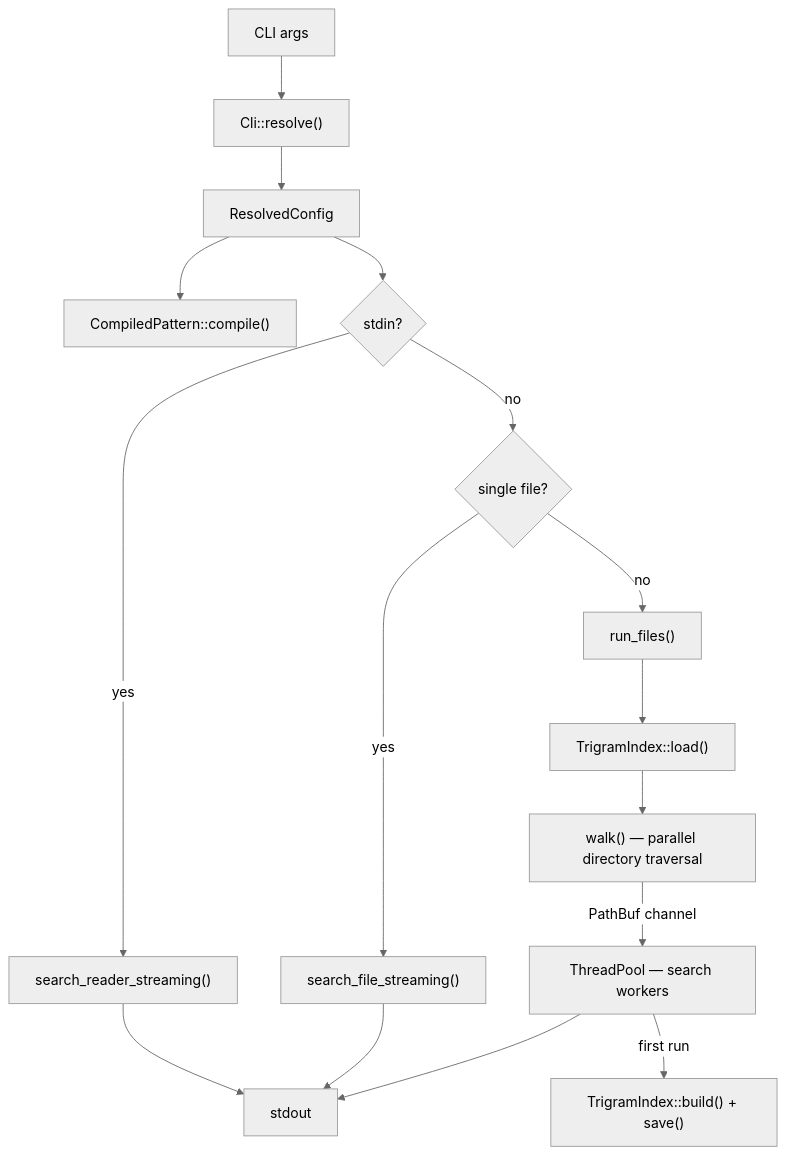
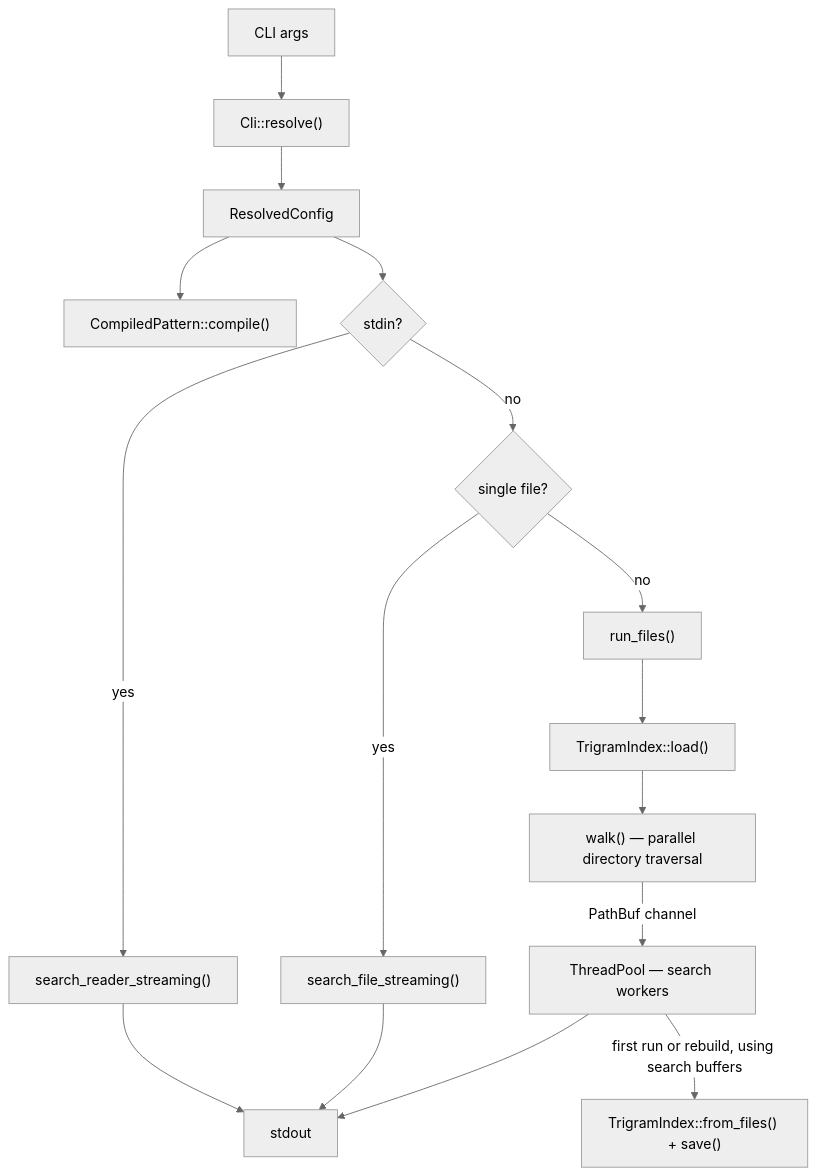
One commit to awnion/fastgrep changed the diagram in docs/overview.mmd. Above: the diagram before and after it, drawn with Mermaid (neutral theme). The commit also changed 13 other files, not shown here.

Commit message:
Fix recursive search and index correctness; reuse search buffers

```diff
--- a/docs/overview.mmd
+++ b/docs/overview.mmd
@@ -1,20 +1,20 @@
 graph TD
     CLI["CLI args"] --> Resolve["Cli::resolve()"]
     Resolve --> Config["ResolvedConfig"]
     Config --> Pattern["CompiledPattern::compile()"]
 
     Config --> Stdin{"stdin?"}
     Stdin -->|yes| StdinPath["search_reader_streaming()"]
     Stdin -->|no| FileCount{"single file?"}
     FileCount -->|yes| SingleFile["search_file_streaming()"]
     FileCount -->|no| MultiFile["run_files()"]
 
     MultiFile --> Trigram["TrigramIndex::load()"]
     Trigram --> Walker["walk() — parallel directory traversal"]
     Walker -->|PathBuf channel| Pool["ThreadPool — search workers"]
     Pool --> Output["stdout"]
 
     StdinPath --> Output
     SingleFile --> Output
 
-    Pool -->|first run| BuildIndex["TrigramIndex::build() + save()"]
+    Pool -->|first run or rebuild, using search buffers| BuildIndex["TrigramIndex::from_files() + save()"]
```
